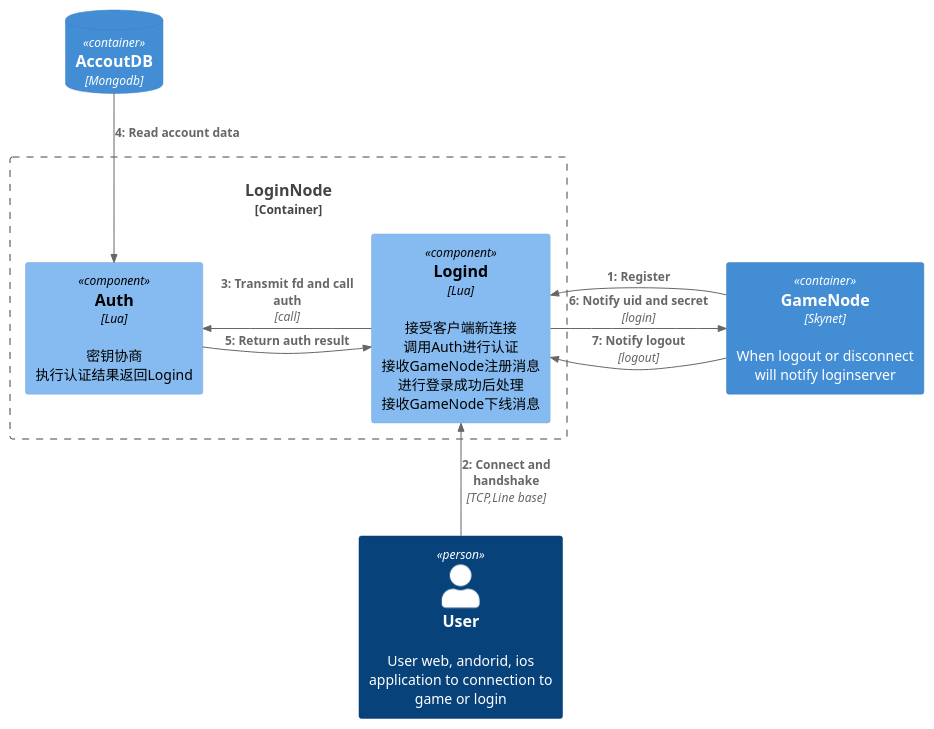
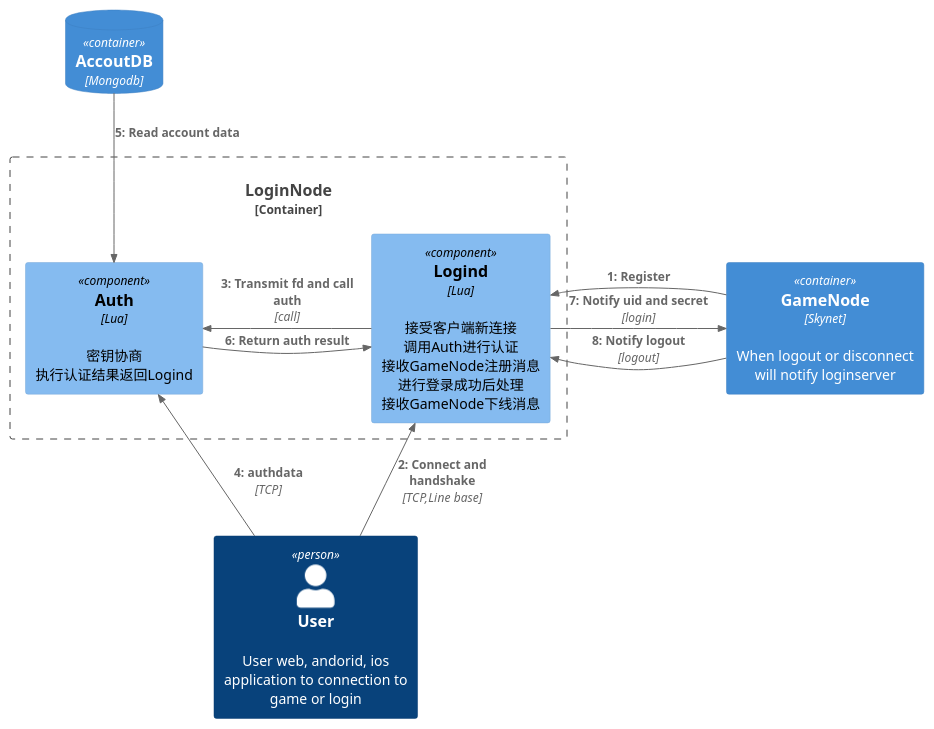
One commit to Gowa2017/skynetgame changed the diagram in docs/loginnode.puml. Above: the diagram before and after it, drawn with PlantUML. The commit also changed 1 other file, not shown here.

```diff
--- a/docs/loginnode.puml
+++ b/docs/loginnode.puml
@@ -1,20 +1,21 @@
 @startuml LoginNode
 skinparam DefaultFontName WenQuanYi Zen Hei
 skinparam DefaultMonospacedFontName UbuntuMono
 
 !include C4_Dynamic.puml
 Person(user, "User","User web, andorid, ios application to connection to game or login")
 Container(gameNode, "GameNode", "Skynet","When logout or disconnect will notify loginserver")
 ContainerDb(accdb, "AccoutDB", "Mongodb")
 Container_Boundary(loginNode, "LoginNode"){
     Component(logind, "Logind", "Lua","接受客户端新连接 调用Auth进行认证 接收GameNode注册消息 进行登录成功后处理 接收GameNode下线消息")
     Component(auth, "Auth", "Lua","密钥协商 执行认证结果返回Logind")
 }
 Rel_L(gameNode,logind,"Register")
 Rel_U(user, logind, "Connect and handshake","TCP,Line base")
 Rel_L(logind, auth, "Transmit fd and call auth","call")
+Rel_U(user, auth, "authdata","TCP")
 Rel_D(accdb, auth,"Read account data")
 Rel_R(auth, logind,"Return auth result")
 Rel_R(logind, gameNode,"Notify uid and secret","login")
 Rel_L(gameNode,logind,"Notify logout","logout")
 @enduml
```
